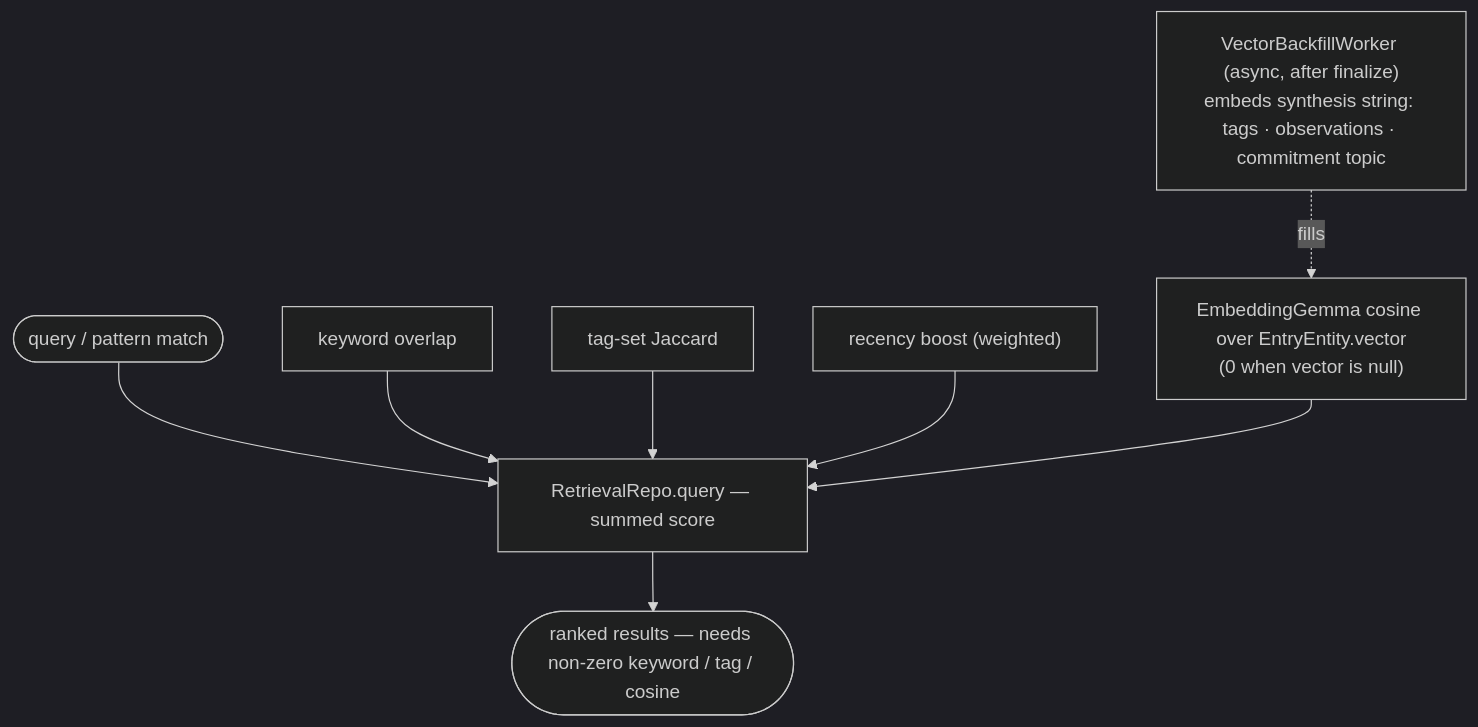
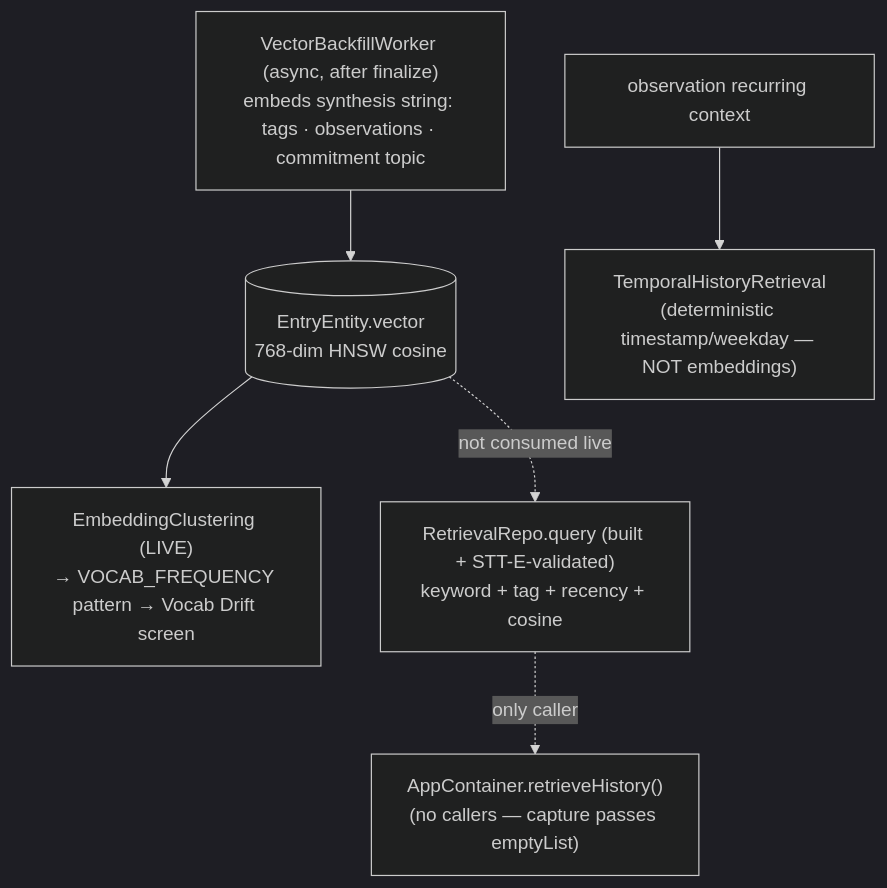
The fifth of 6 diagrams in docs/diagrams/llm-functionality.md (anchildress1/vestige), drawn with Mermaid (dark theme) before and after one commit. The commit also changed other lines of this file and 1 other file, not shown here.

First line of the commit message:
docs: demo-data-on-hardware README section + honest embedding surfacing

````diff
--- a/docs/diagrams/llm-functionality.md
+++ b/docs/diagrams/llm-functionality.md
@@ -159,14 +164,11 @@
 ```mermaid
 flowchart TD
-    accTitle: Shipped hybrid retrieval
-    accDescr: A query or pattern match is scored by summing keyword overlap, tag-set Jaccard, a recency boost, and EmbeddingGemma cosine over the stored entry vector. A match needs non-zero keyword, tag, or cosine; recency alone never surfaces an entry. The vector is built asynchronously by VectorBackfillWorker over a post-convergence synthesis string of tags, observations, and commitment topic; a null vector contributes zero cosine so un-backfilled rows still rank on the other signals. The vector layer is shipped and always on, not gated by STT-E.
+    accTitle: Embedding clustering (live) vs hybrid retrieval (unwired)
+    accDescr: VectorBackfillWorker embeds a synthesis string of tags, observations, and commitment topic into each entry's 768-dimension vector after the entry finalizes. The vectors have one live consumer, EmbeddingClustering, which powers the VOCAB_FREQUENCY pattern and the Vocab Drift screen. RetrievalRepo implements a ranked hybrid score of keyword, tag Jaccard, recency, and EmbeddingGemma cosine and is STT-E validated, but it is not wired into any live surface — its only caller retrieveHistory is itself never called, capture passes empty history, and the observation recurring context uses deterministic timestamp-based TemporalHistoryRetrieval instead.
 
-    Q(["query / pattern match"]) --> SCORE["RetrievalRepo.query — summed score"]
-    KW["keyword overlap"] --> SCORE
-    TAG["tag-set Jaccard"] --> SCORE
-    REC["recency boost (weighted)"] --> SCORE
-    VEC["EmbeddingGemma cosine over EntryEntity.vector<br/>(0 when vector is null)"] --> SCORE
-    SCORE --> Out(["ranked results — needs non-zero keyword / tag / cosine"])
-
-    BF["VectorBackfillWorker (async, after finalize)<br/>embeds synthesis string: tags · observations · commitment topic"] -. fills .-> VEC
+    BF["VectorBackfillWorker (async, after finalize)<br/>embeds synthesis string: tags · observations · commitment topic"] --> VEC[("EntryEntity.vector<br/>768-dim HNSW cosine")]
+    VEC --> CL["EmbeddingClustering (LIVE)<br/>→ VOCAB_FREQUENCY pattern → Vocab Drift screen"]
+    VEC -. "not consumed live" .-> RR["RetrievalRepo.query (built + STT-E-validated)<br/>keyword + tag + recency + cosine"]
+    RR -. "only caller" .-> RH["AppContainer.retrieveHistory()<br/>(no callers — capture passes emptyList)"]
+    OBS["observation recurring context"] --> TH["TemporalHistoryRetrieval<br/>(deterministic timestamp/weekday — NOT embeddings)"]
 ```
````
